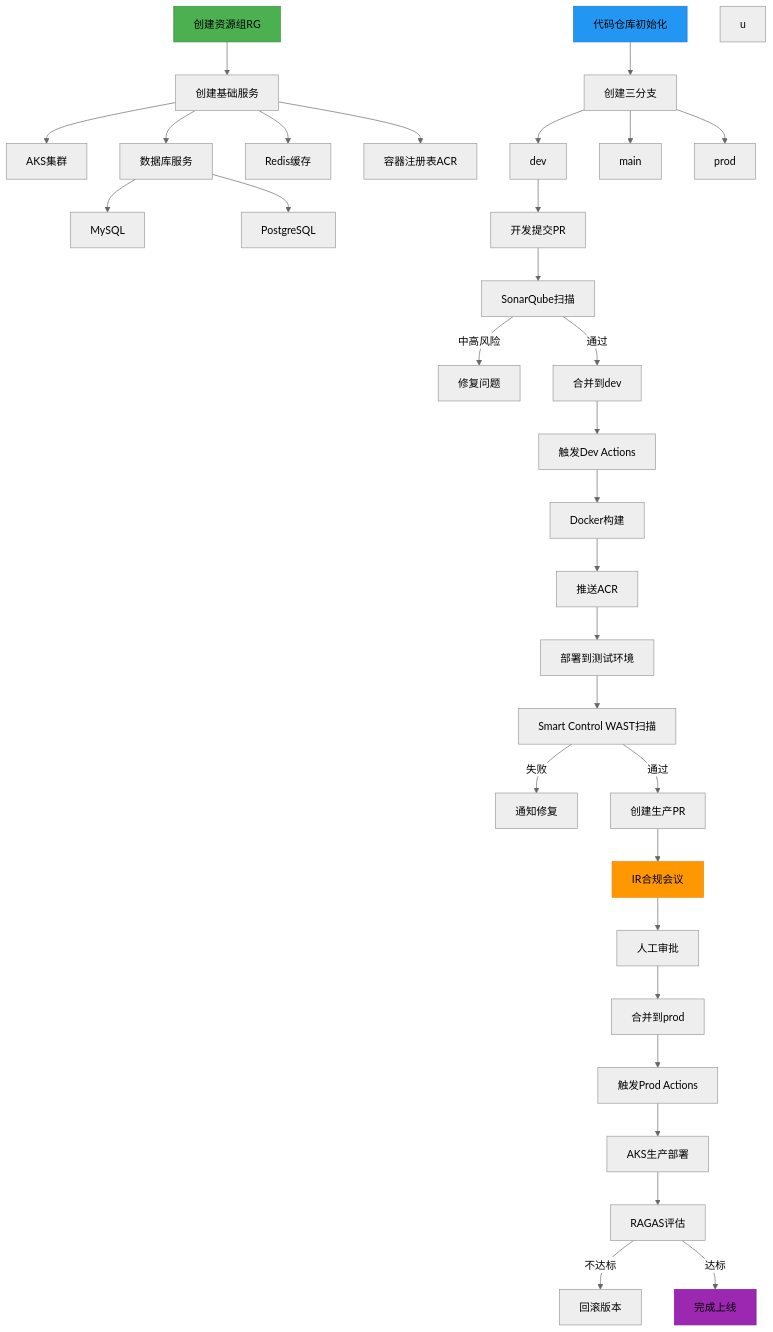
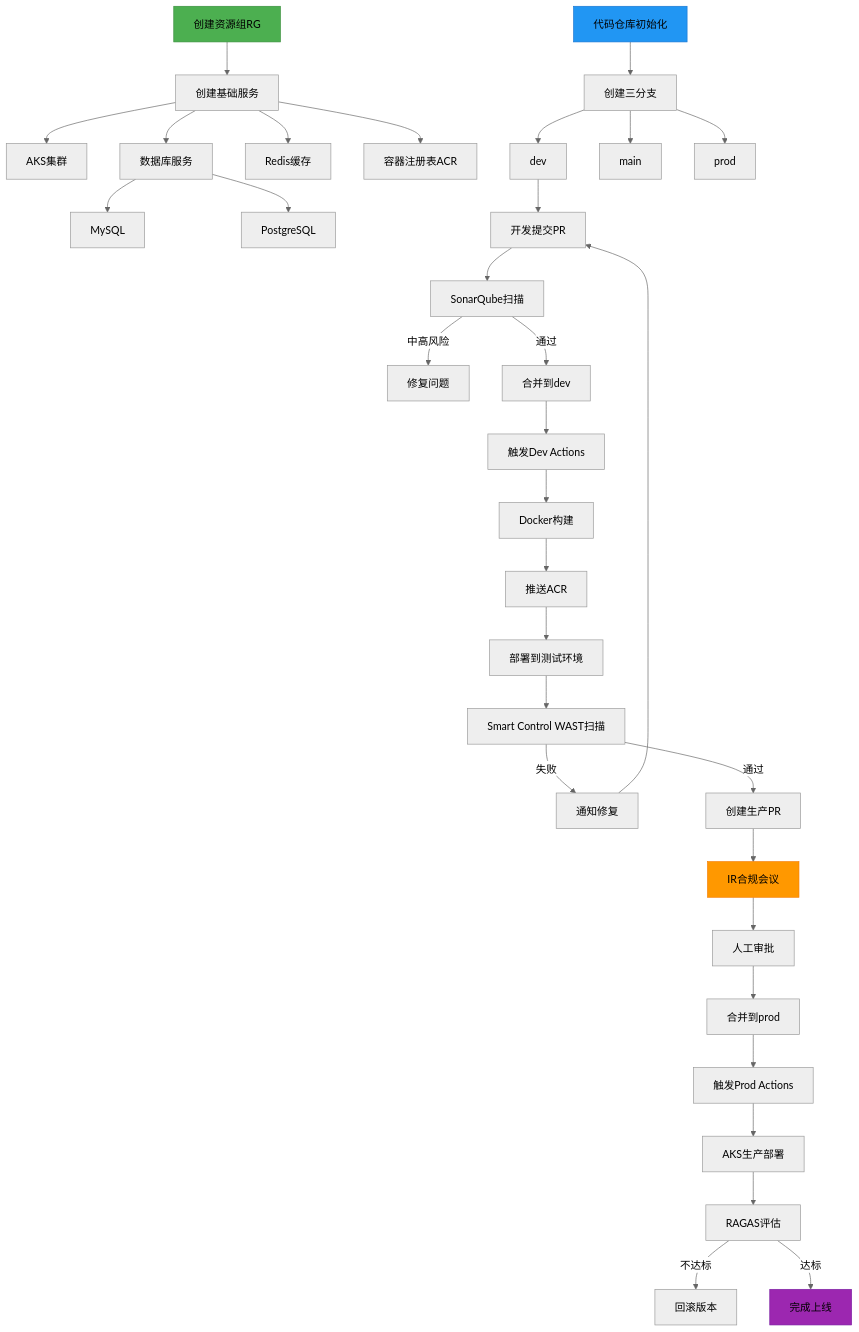
One commit to funnyData/iodraw-files changed the diagram in all/未命名-1.md. Above: the diagram before and after it, drawn with Mermaid (neutral theme).

Commit message:
2025-02-27 01:20:03 update

````diff
--- a/all/未命名-1.md
+++ b/all/未命名-1.md
@@ -1,49 +1,49 @@
 ```mermaid
 graph TD
     A[创建资源组RG] --> B[创建基础服务]
     B --> C[AKS集群]
     B --> D[数据库服务]
     D --> DA[MySQL]
     D --> DB[PostgreSQL]
     B --> E[Redis缓存]
     B --> F[容器注册表ACR]
     
     G[代码仓库初始化] --> H[创建三分支]
     H --> I[dev]
     H --> J[main]
     H --> K[prod]
     
     I --> L[开发提交PR]
     L --> M[SonarQube扫描]
     M -->|中高风险| N[修复问题]
     M -->|通过| O[合并到dev]
     
     O --> P[触发Dev Actions]
     P --> Q[Docker构建]
     Q --> R[推送ACR]
     R --> S[部署到测试环境]
     
     S --> T[Smart Control WAST扫描]
     T -->|失败| U[通知修复]
-    u
+    U --> L
     T -->|通过| V[创建生产PR]
     
     V --> W[IR合规会议]
     W --> X[人工审批]
     X --> Y[合并到prod]
     
     Y --> Z[触发Prod Actions]
     Z --> AC[AKS生产部署]
     %% Z --> AA[安全扫描]
     %% AA -->|高风险| AB[终止部署]
     %% AA -->|通过| AC[AKS生产部署]
     
     AC --> AD[RAGAS评估]
     AD -->|不达标| AE[回滚版本]
     AD -->|达标| AF[完成上线]
     
     style A fill:#4CAF50,stroke:#388E3C
     style G fill:#2196F3,stroke:#1976D2
     style W fill:#FF9800,stroke:#F57C00
     style AF fill:#9C27B0,stroke:#7B1FA2
 ```
````
